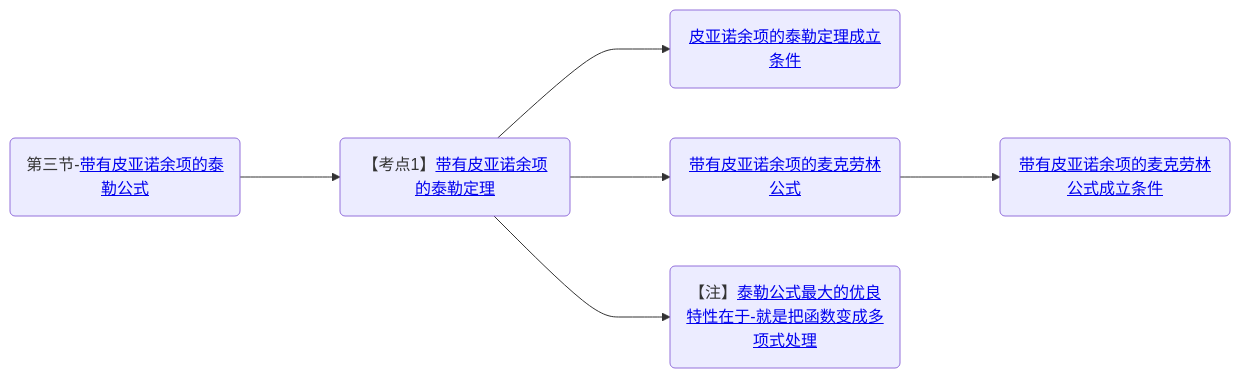
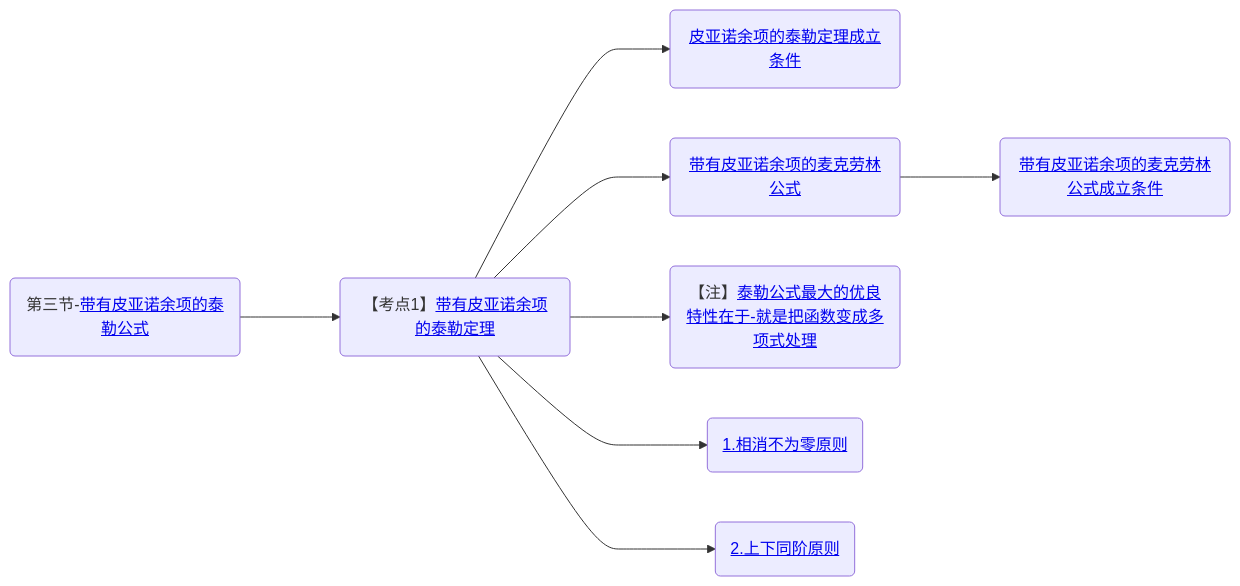
One commit to yuebinghui/note changed the third of 3 diagrams in 笔记/数学/周洋鑫/基础班/00.大纲.md. Above: the diagram before and after it, drawn with Mermaid. The commit also changed 6 other files, not shown here.

````diff
--- a/笔记/数学/周洋鑫/基础班/00.大纲.md
+++ b/笔记/数学/周洋鑫/基础班/00.大纲.md
@@ -88,13 +88,15 @@
 ```mermaid
 graph LR
 
 带有皮亚诺余项的泰勒公式(第三节-<a href="/Users/yuebinghui/Documents/program/github/note/笔记/数学/周洋鑫/基础班/03.泰勒公式-洛必达法则.md#带有皮亚诺余项的泰勒公式">带有皮亚诺余项的泰勒公式</>)
 
 带有皮亚诺余项的泰勒公式--->带有皮亚诺余项的泰勒定理(【考点1】<a href="/Users/yuebinghui/Documents/program/github/note/笔记/数学/周洋鑫/基础班/03.泰勒公式-洛必达法则.md#带有皮亚诺余项的泰勒定理">带有皮亚诺余项的泰勒定理</>)
 带有皮亚诺余项的泰勒定理--->皮亚诺余项的泰勒定理成立条件(<a href="/Users/yuebinghui/Documents/program/github/note/笔记/数学/周洋鑫/基础班/03.泰勒公式-洛必达法则.md#皮亚诺余项的泰勒定理成立条件">皮亚诺余项的泰勒定理成立条件</>)
 带有皮亚诺余项的泰勒定理--->带有皮亚诺余项的麦克劳林公式(<a href="/Users/yuebinghui/Documents/program/github/note/笔记/数学/周洋鑫/基础班/03.泰勒公式-洛必达法则.md#带有皮亚诺余项的麦克劳林公式">带有皮亚诺余项的麦克劳林公式</>)
 带有皮亚诺余项的麦克劳林公式--->带有皮亚诺余项的麦克劳林公式成立条件(<a href="/Users/yuebinghui/Documents/program/github/note/笔记/数学/周洋鑫/基础班/03.泰勒公式-洛必达法则.md#带有皮亚诺余项的麦克劳林公式成立条件">带有皮亚诺余项的麦克劳林公式成立条件</>)
 带有皮亚诺余项的泰勒定理--->泰勒公式最大的优良特性在于-就是把函数变成多项式处理(【注】<a href="/Users/yuebinghui/Documents/program/github/note/笔记/数学/周洋鑫/基础班/03.泰勒公式-洛必达法则.md#泰勒公式最大的优良特性在于-就是把函数变成多项式处理">泰勒公式最大的优良特性在于-就是把函数变成多项式处理</>)
+带有皮亚诺余项的泰勒定理--->1.相消不为零原则(<a href="/Users/yuebinghui/Documents/program/github/note/笔记/数学/周洋鑫/基础班/03.泰勒公式-洛必达法则.md#1.相消不为零原则">1.相消不为零原则</>)
+带有皮亚诺余项的泰勒定理--->2.上下同阶原则(<a href="/Users/yuebinghui/Documents/program/github/note/笔记/数学/周洋鑫/基础班/03.泰勒公式-洛必达法则.md#2.上下同阶原则">2.上下同阶原则</>)
 
 
 ```
````
